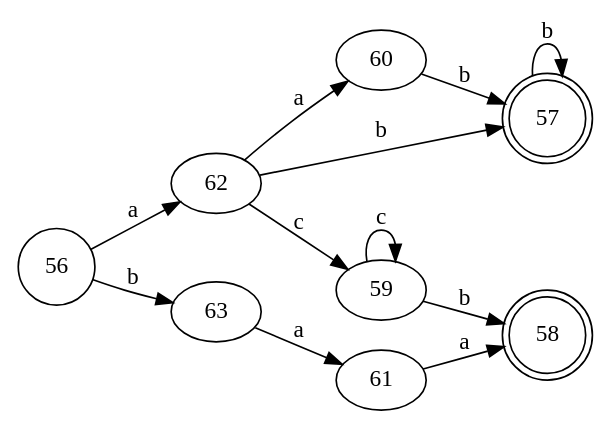
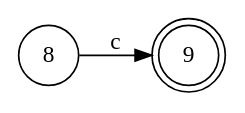
One commit to bryannalfaro/Dise-odeLenguajes changed the diagram in test-output/automata1.gv. Above: the diagram before and after it, drawn with Graphviz. The commit also changed 2 other files, not shown here.

```diff
--- a/test-output/automata1.gv
+++ b/test-output/automata1.gv
@@ -1,17 +1,6 @@
 digraph automata1 {
 	rankdir=LR
-	56 [label=56 shape=circle]
-	57 [label=57 shape=doublecircle]
-	58 [label=58 shape=doublecircle]
-	56 -> 62 [label=a]
-	56 -> 63 [label=b]
-	57 -> 57 [label=b]
-	59 -> 58 [label=b]
-	59 -> 59 [label=c]
-	60 -> 57 [label=b]
-	61 -> 58 [label=a]
-	62 -> 60 [label=a]
-	62 -> 57 [label=b]
-	62 -> 59 [label=c]
-	63 -> 61 [label=a]
+	8 [label=8 shape=circle]
+	9 [label=9 shape=doublecircle]
+	8 -> 9 [label=c]
 }
```
